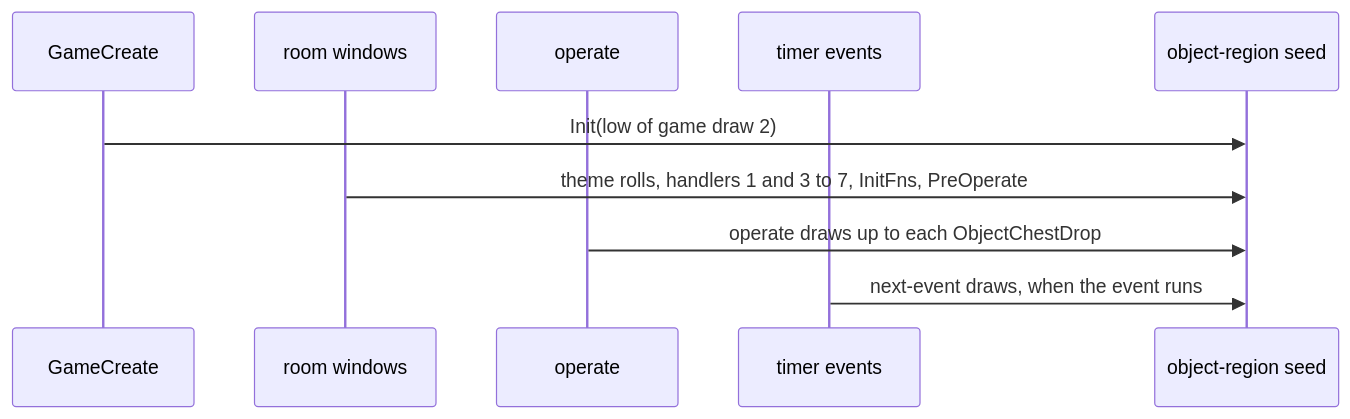
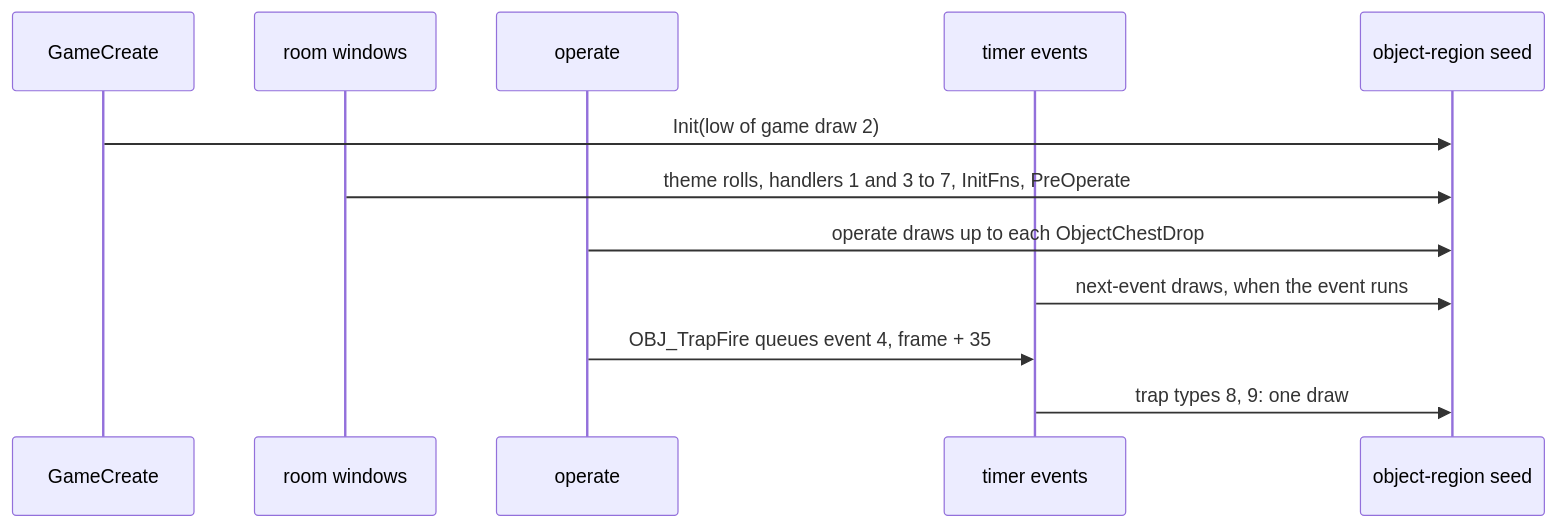
The sixth of 6 diagrams in docs/specs/objects/README.md (IgorKonovalov/diablo-2-recompilation), drawn with Mermaid before and after one commit. The commit also changed other lines of this file and 2 other files, not shown here.

````diff
--- a/docs/specs/objects/README.md
+++ b/docs/specs/objects/README.md
@@ -657,12 +829,14 @@
 ```mermaid
 sequenceDiagram
     participant GC as GameCreate
     participant W as room windows
     participant P as operate
     participant E as timer events
     participant O as object-region seed
     GC->>O: Init(low of game draw 2)
     W->>O: theme rolls, handlers 1 and 3 to 7, InitFns, PreOperate
     P->>O: operate draws up to each ObjectChestDrop
     E->>O: next-event draws, when the event runs
+    P->>E: OBJ_TrapFire queues event 4, frame + 35
+    E->>O: trap types 8, 9: one draw
 ```
````
